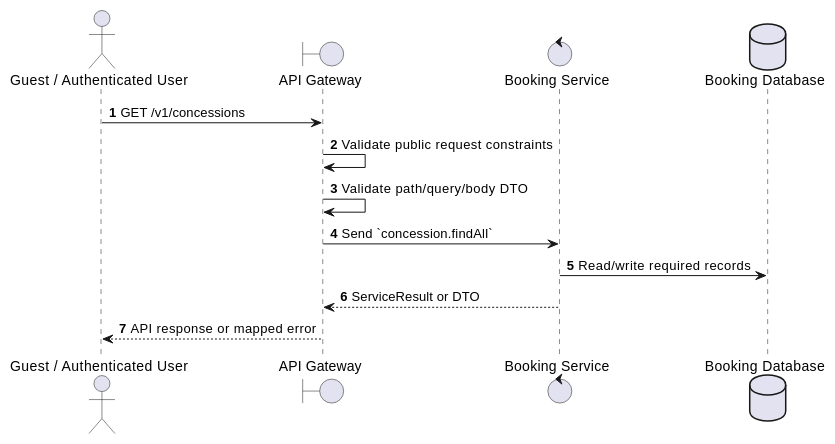
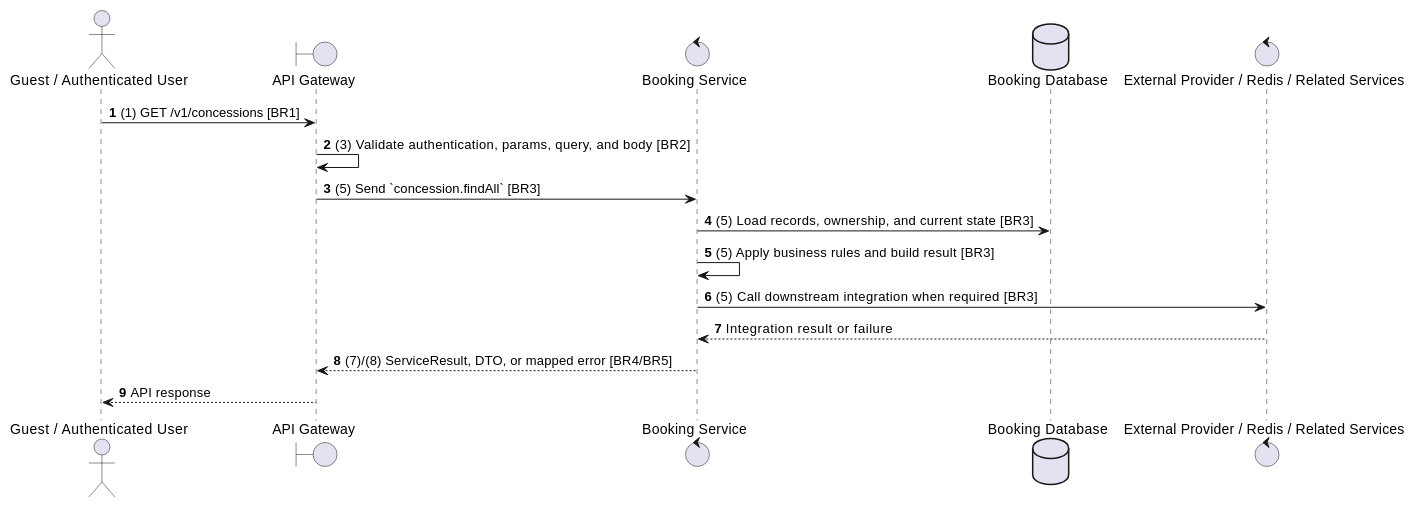
Before and after one commit to Tanh1603/movie-hub-architecture: the second of 2 diagrams in docs/functional_specs/3.9_Concessions_FB_Module/CS-01_List_Concessions.md, drawn with PlantUML. The commit also changed other lines of this file and 129 other files, not shown here.

````diff
--- a/docs/functional_specs/3.9_Concessions_FB_Module/CS-01_List_Concessions.md
+++ b/docs/functional_specs/3.9_Concessions_FB_Module/CS-01_List_Concessions.md
@@ -17,17 +64,20 @@
 ```plantuml
 @startuml
 autonumber
 actor "Guest / Authenticated User" as Actor
 boundary "API Gateway" as GW
 control "Booking Service" as SVC
 database "Booking Database" as DB
+control "External Provider / Redis / Related Services" as EXT
 
-Actor -> GW: GET /v1/concessions
-GW -> GW: Validate public request constraints
-GW -> GW: Validate path/query/body DTO
-GW -> SVC: Send `concession.findAll`
-SVC -> DB: Read/write required records
-SVC --> GW: ServiceResult or DTO
-GW --> Actor: API response or mapped error
+Actor -> GW: (1) GET /v1/concessions [BR1]
+GW -> GW: (3) Validate authentication, params, query, and body [BR2]
+GW -> SVC: (5) Send `concession.findAll` [BR3]
+SVC -> DB: (5) Load records, ownership, and current state [BR3]
+SVC -> SVC: (5) Apply business rules and build result [BR3]
+SVC -> EXT: (5) Call downstream integration when required [BR3]
+EXT --> SVC: Integration result or failure
+SVC --> GW: (7)/(8) ServiceResult, DTO, or mapped error [BR4/BR5]
+GW --> Actor: API response
 @enduml
 ```
````
